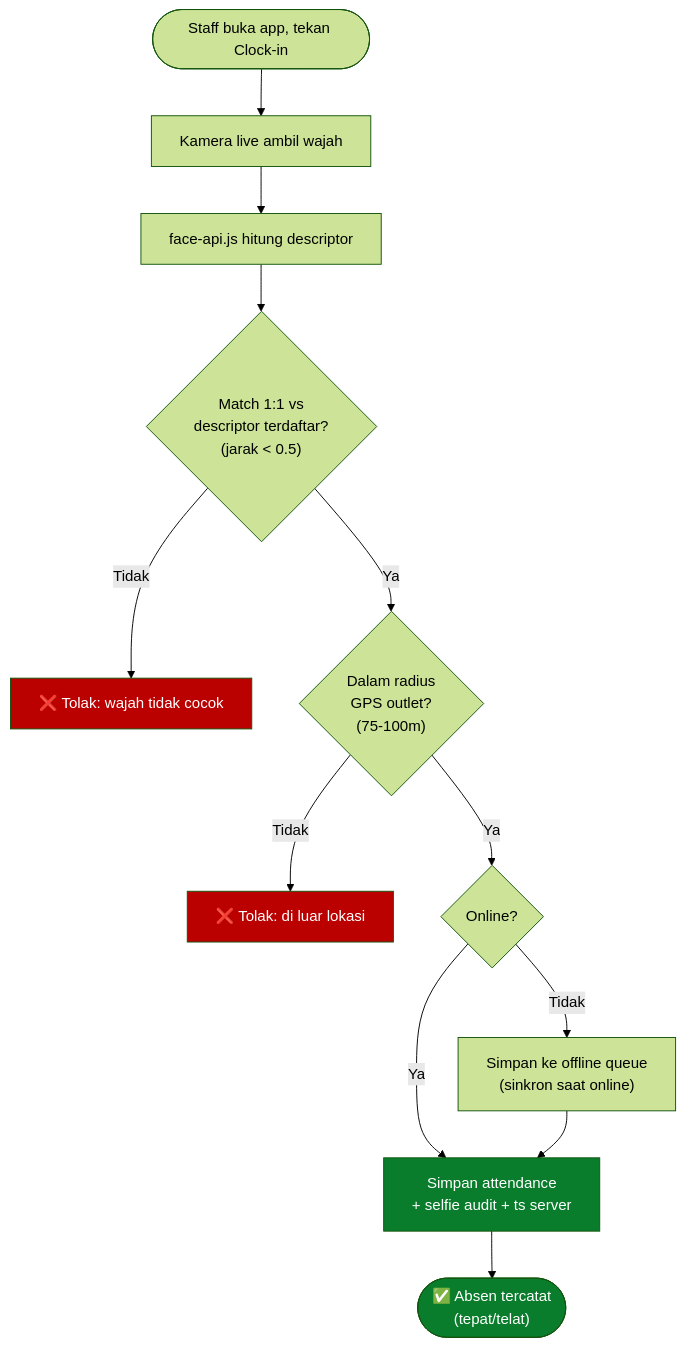
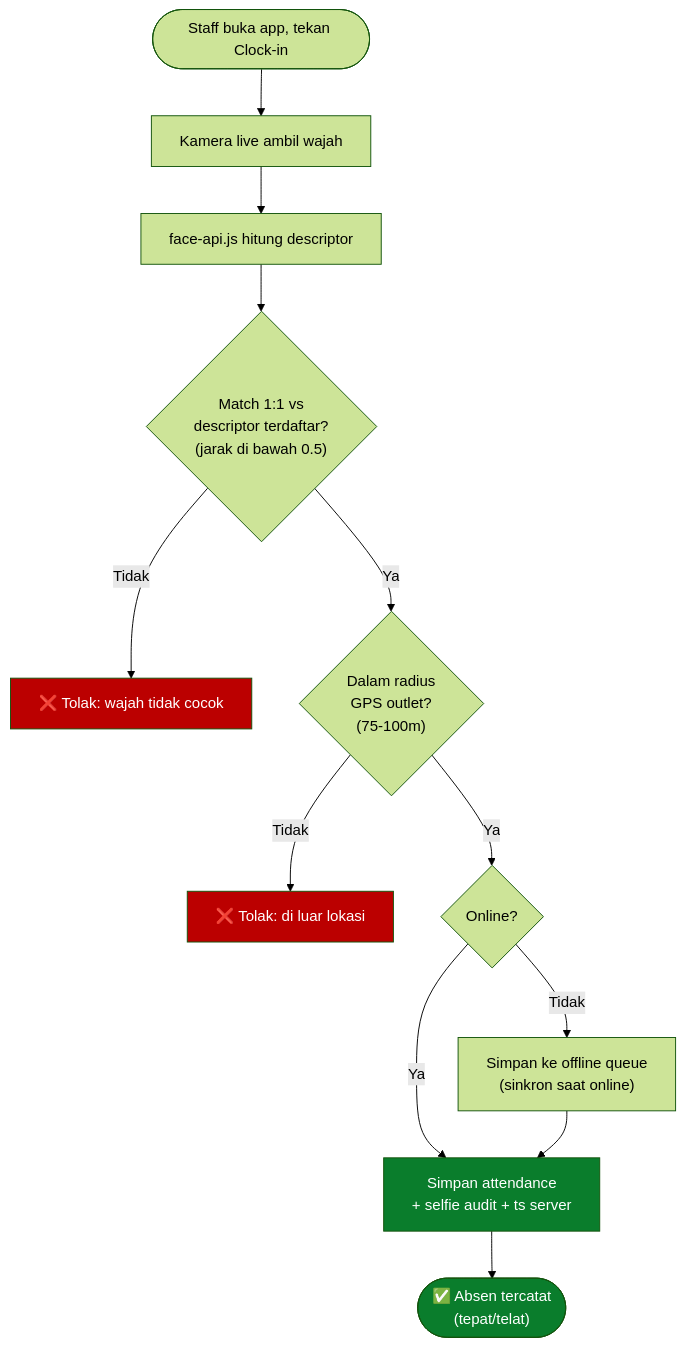
Before and after one commit to dev-sukashawarma/DIGITALISASI-SS-PROJECT: the third of 7 diagrams in docs/FLOWS.md, drawn with Mermaid (forest theme). The commit also changed other lines of this file, not shown here.

Commit message:
fix: ganti tanda < di label Mermaid agar render aman di GitHub

````diff
--- a/docs/FLOWS.md
+++ b/docs/FLOWS.md
@@ -46,19 +46,19 @@
 ```mermaid
 flowchart TD
     start(["Staff buka app, tekan Clock-in"]) --> cam["Kamera live ambil wajah"]
     cam --> desc["face-api.js hitung descriptor"]
-    desc --> match{"Match 1:1 vs<br/>descriptor terdaftar?<br/>(jarak < 0.5)"}
+    desc --> match{"Match 1:1 vs<br/>descriptor terdaftar?<br/>(jarak di bawah 0.5)"}
     match -- "Tidak" --> rej1["❌ Tolak: wajah tidak cocok"]
     match -- "Ya" --> gps{"Dalam radius<br/>GPS outlet?<br/>(75-100m)"}
     gps -- "Tidak" --> rej2["❌ Tolak: di luar lokasi"]
     gps -- "Ya" --> online{"Online?"}
     online -- "Ya" --> save["Simpan attendance<br/>+ selfie audit + ts server"]
     online -- "Tidak" --> queue["Simpan ke offline queue<br/>(sinkron saat online)"]
     queue --> save
     save --> done(["✅ Absen tercatat<br/>(tepat/telat)"])
 
     classDef ok fill:#0a7d2c,color:#fff;
     classDef no fill:#b00,color:#fff;
     class done,save ok;
     class rej1,rej2 no;
 ```
````
